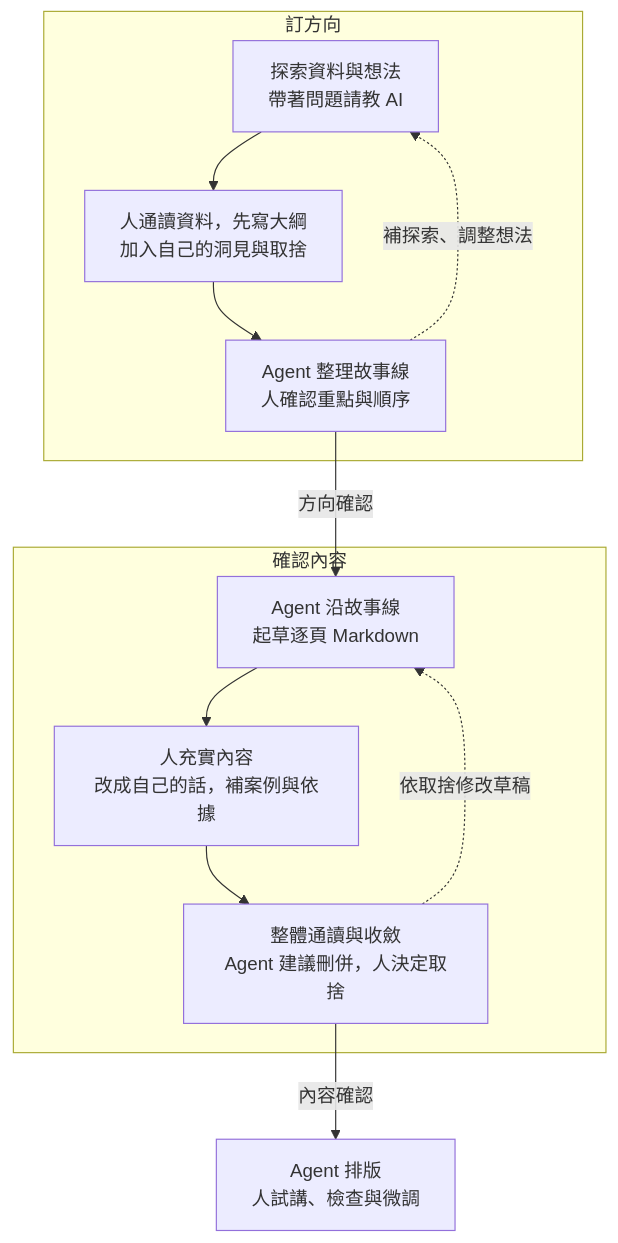
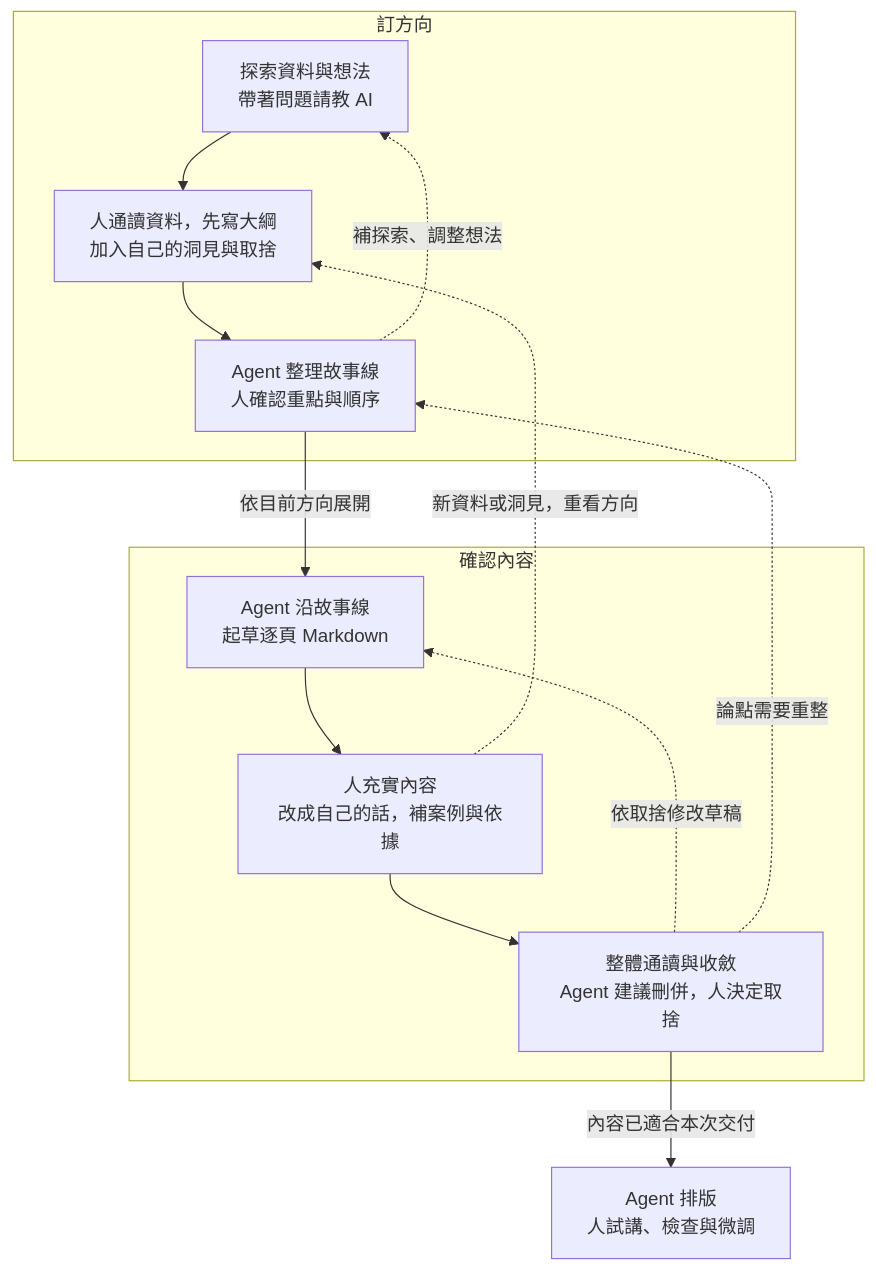
Before and after one commit to jimmy60504/agentic-knowledge-work: the diagram in drafts/02-week2-presentation-lesson-plan.md, drawn with Mermaid. The commit also changed other lines of this file and 2 other files, not shown here.

````diff
--- a/drafts/02-week2-presentation-lesson-plan.md
+++ b/drafts/02-week2-presentation-lesson-plan.md
@@ -59,18 +59,21 @@
 ```mermaid
 flowchart TD
     subgraph direction_loop["訂方向"]
         A["探索資料與想法<br/>帶著問題請教 AI"] --> B["人通讀資料，先寫大綱<br/>加入自己的洞見與取捨"]
         B --> C["Agent 整理故事線<br/>人確認重點與順序"]
         C -. 補探索、調整想法 .-> A
     end
 
-    C -->|方向確認| D
+    C -->|依目前方向展開| D
 
     subgraph content_loop["確認內容"]
         D["Agent 沿故事線<br/>起草逐頁 Markdown"] --> E["人充實內容<br/>改成自己的話，補案例與依據"]
         E --> F["整體通讀與收斂<br/>Agent 建議刪併，人決定取捨"]
         F -. 依取捨修改草稿 .-> D
     end
 
-    F -->|內容確認| G["Agent 排版<br/>人試講、檢查與微調"]
+    E -. 新資料或洞見，重看方向 .-> B
+    F -. 論點需要重整 .-> C
+
+    F -->|內容已適合本次交付| G["Agent 排版<br/>人試講、檢查與微調"]
 ```
````
